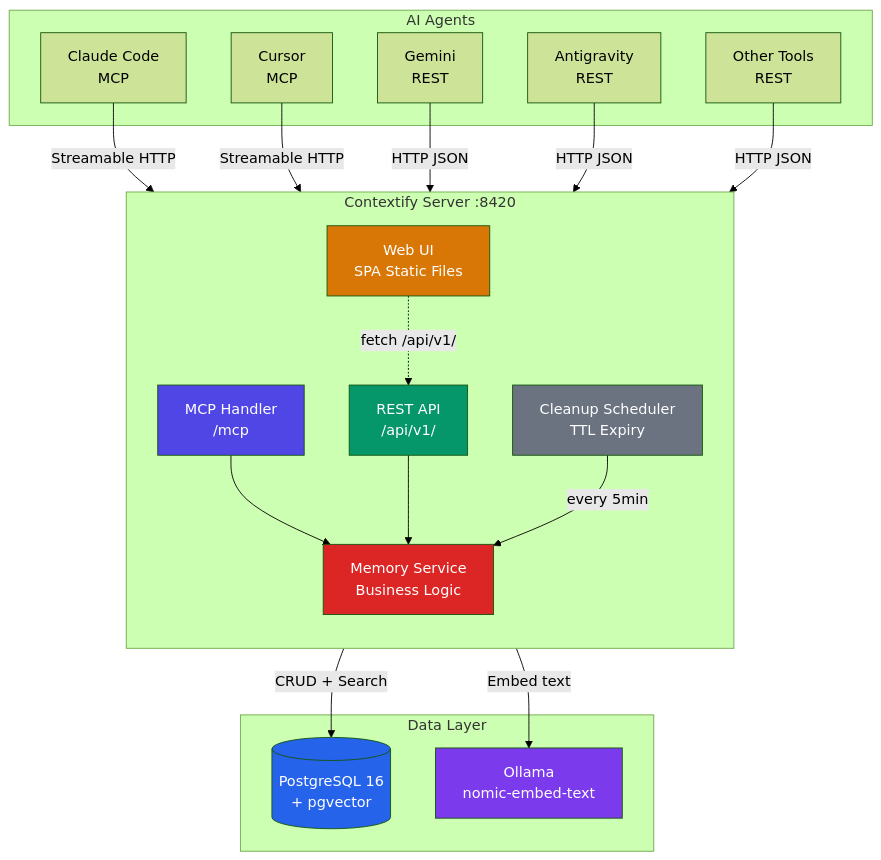
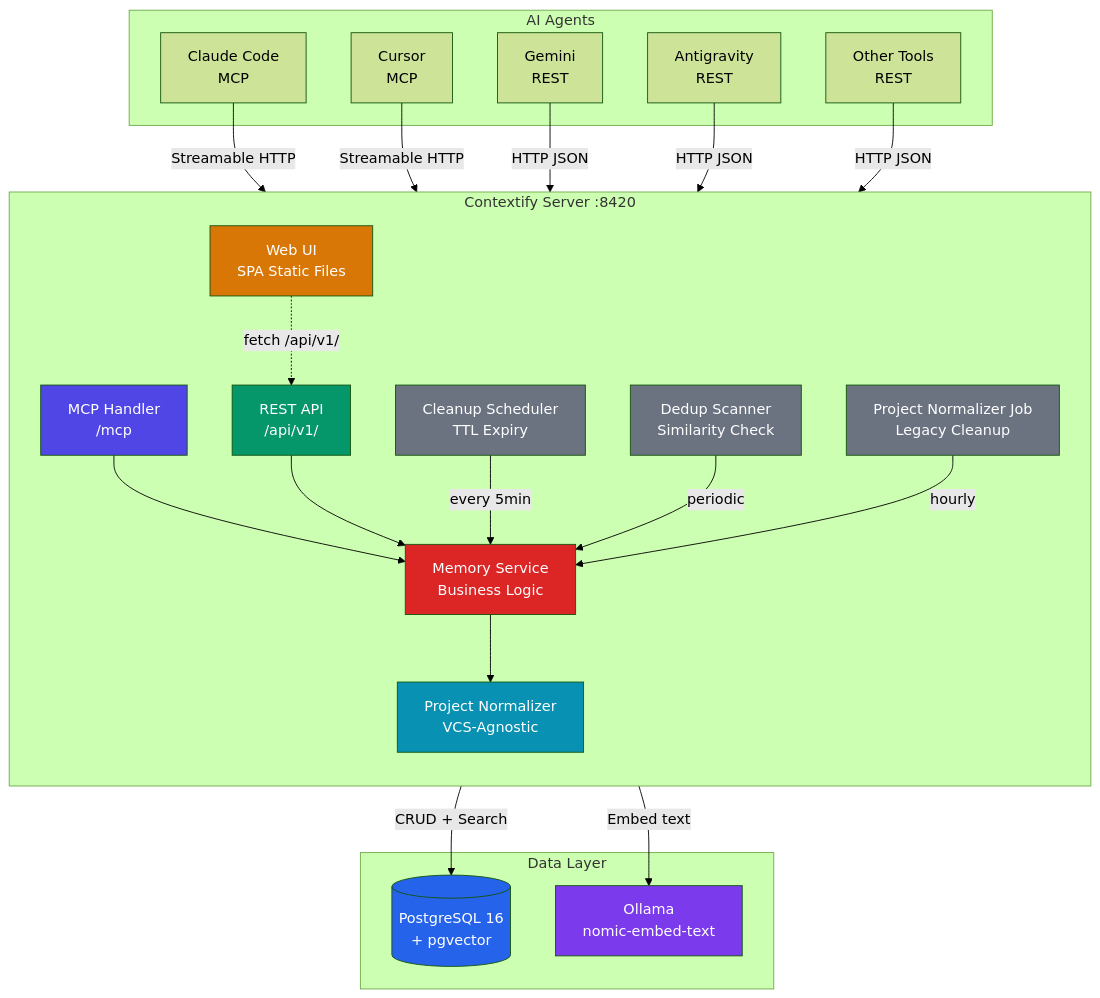
Before and after one commit to atakanatali/contextify: the first of 6 diagrams in ARCHITECTURE.md, drawn with Mermaid (forest theme). The commit also changed other lines of this file and 28 other files, not shown here.

First line of the commit message:
feat: memory consolidation, smart store dedup, and VCS-agnostic project ID normalization

````diff
--- a/ARCHITECTURE.md
+++ b/ARCHITECTURE.md
@@ -7,46 +7,55 @@
 ```mermaid
 graph TB
     subgraph Agents["AI Agents"]
         CC[Claude Code<br/>MCP]
         CU[Cursor<br/>MCP]
         GE[Gemini<br/>REST]
         AG[Antigravity<br/>REST]
         OT[Other Tools<br/>REST]
     end
 
     subgraph Contextify["Contextify Server :8420"]
         direction TB
         MCP[MCP Handler<br/>/mcp]
         REST[REST API<br/>/api/v1/]
         WEB[Web UI<br/>SPA Static Files]
         SVC[Memory Service<br/>Business Logic]
+        NORM[Project Normalizer<br/>VCS-Agnostic]
         SCH[Cleanup Scheduler<br/>TTL Expiry]
+        DDS[Dedup Scanner<br/>Similarity Check]
+        PNJ[Project Normalizer Job<br/>Legacy Cleanup]
     end
 
     subgraph Storage["Data Layer"]
         PG[(PostgreSQL 16<br/>+ pgvector)]
         OL[Ollama<br/>nomic-embed-text]
     end
 
     CC -->|Streamable HTTP| MCP
     CU -->|Streamable HTTP| MCP
     GE -->|HTTP JSON| REST
     AG -->|HTTP JSON| REST
     OT -->|HTTP JSON| REST
 
     MCP --> SVC
     REST --> SVC
     WEB -.->|fetch /api/v1/| REST
+    SVC --> NORM
     SCH -->|every 5min| SVC
+    DDS -->|periodic| SVC
+    PNJ -->|hourly| SVC
 
     SVC -->|CRUD + Search| PG
     SVC -->|Embed text| OL
 
     style MCP fill:#4f46e5,color:#fff
     style REST fill:#059669,color:#fff
     style WEB fill:#d97706,color:#fff
     style PG fill:#2563eb,color:#fff
     style OL fill:#7c3aed,color:#fff
     style SVC fill:#dc2626,color:#fff
     style SCH fill:#6b7280,color:#fff
+    style NORM fill:#0891b2,color:#fff
+    style DDS fill:#6b7280,color:#fff
+    style PNJ fill:#6b7280,color:#fff
 ```
````
